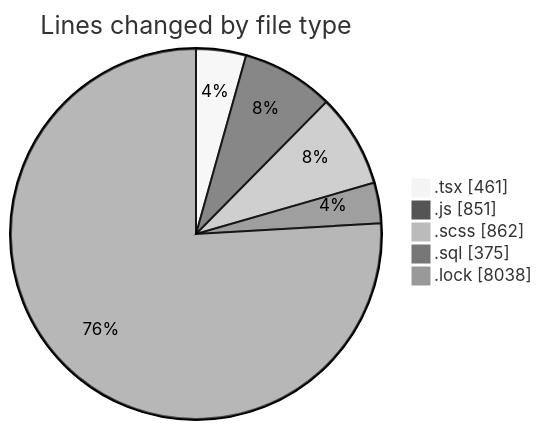
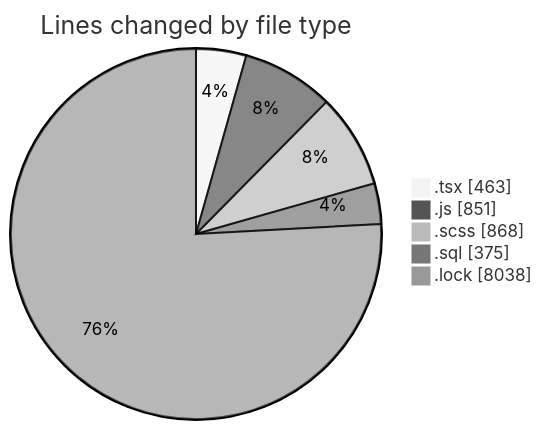
One commit to momahboobian/code-tracking changed the first of 2 diagrams in 2025-03-18/cda/README.md. Above: the diagram before and after it, drawn with Mermaid (neutral theme). The commit also changed other lines of this file and 1 other file, not shown here.

````diff
--- a/2025-03-18/cda/README.md
+++ b/2025-03-18/cda/README.md
@@ -30,9 +30,9 @@
 ```mermaid
 pie showData
 title Lines changed by file type
-".tsx" : 461
+".tsx" : 463
 ".js" : 851
-".scss" : 862
+".scss" : 868
 ".sql" : 375
 ".lock" : 8038
 ```
````
